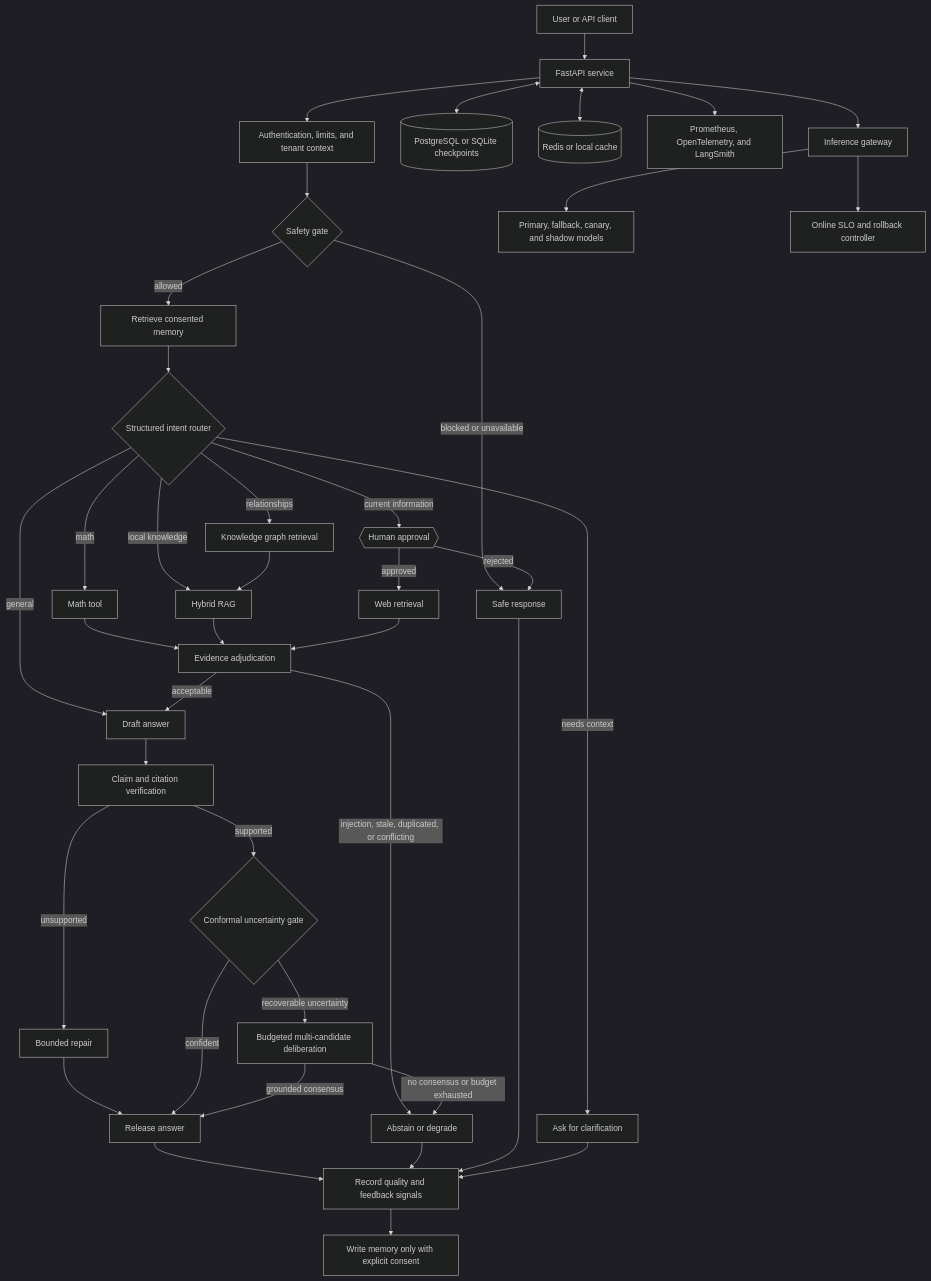
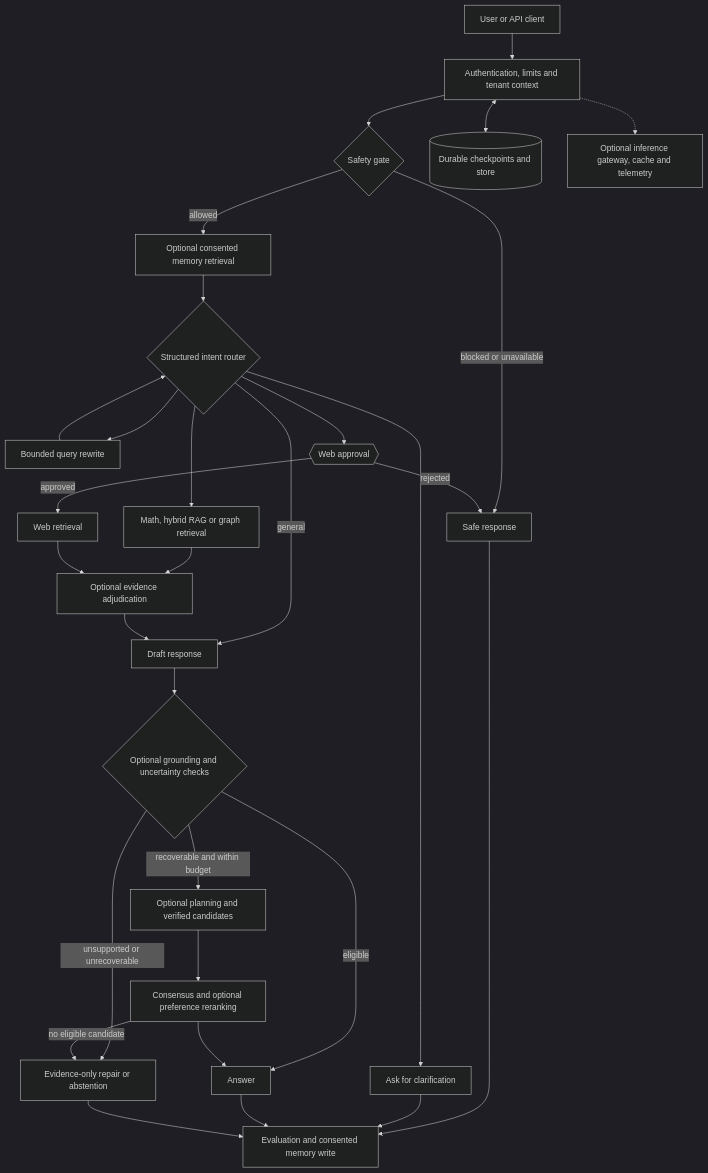
Before and after one commit to zqf20096327/dbhub_collect: the first of 3 diagrams in data/readmes/Theepankumargandhi__Multi-Agent-Orchestration.md, drawn with Mermaid (dark theme). The commit also changed other lines of this file and 515 other files, not shown here.

````diff
--- a/data/readmes/Theepankumargandhi__Multi-Agent-Orchestration.md
+++ b/data/readmes/Theepankumargandhi__Multi-Agent-Orchestration.md
@@ -36,48 +95,32 @@
 ```mermaid
 flowchart TD
-    User[User or API client] --> API[FastAPI service]
-    API --> Auth[Authentication, limits, and tenant context]
-    Auth --> Safety{Safety gate}
-
-    Safety -->|blocked or unavailable| Stop[Safe response]
-    Safety -->|allowed| Memory[Retrieve consented memory]
+    Client[User or API client] --> API[Authentication, limits and tenant context]
+    API --> Safety{Safety gate}
+    Safety -->|blocked or unavailable| Safe[Safe response]
+    Safety -->|allowed| Memory[Optional consented memory retrieval]
     Memory --> Router{Structured intent router}
-
-    Router -->|needs context| Clarify[Ask for clarification]
-    Router -->|math| Math[Math tool]
-    Router -->|local knowledge| RAG[Hybrid RAG]
-    Router -->|relationships| Graph[Knowledge graph retrieval]
-    Router -->|current information| Approval{{Human approval}}
-    Router -->|general| Draft[Draft answer]
-
+    Router --> Clarify[Ask for clarification]
+    Router --> Rewrite[Bounded query rewrite]
+    Rewrite --> Router
+    Router --> Tools[Math, hybrid RAG or graph retrieval]
+    Router --> Approval{{Web approval}}
+    Router -->|general| Draft[Draft response]
     Approval -->|approved| Web[Web retrieval]
-    Approval -->|rejected| Stop
-    Graph --> RAG
-    Math --> Evidence
-    RAG --> Evidence[Evidence adjudication]
+    Approval -->|rejected| Safe
+    Tools --> Evidence[Optional evidence adjudication]
     Web --> Evidence
-    Evidence -->|injection, stale, duplicated, or conflicting| Abstain[Abstain or degrade]
-    Evidence -->|acceptable| Draft
-
-    Draft --> Ground[Claim and citation verification]
-    Ground -->|unsupported| Repair[Bounded repair]
-    Ground -->|supported| Uncertainty{Conformal uncertainty gate}
-    Repair --> Final
-    Uncertainty -->|confident| Final[Release answer]
-    Uncertainty -->|recoverable uncertainty| Compute[Budgeted multi-candidate deliberation]
-    Compute -->|grounded consensus| Final
-    Compute -->|no consensus or budget exhausted| Abstain
-
-    Final --> Evaluate[Record quality and feedback signals]
-    Abstain --> Evaluate
-    Stop --> Evaluate
-    Clarify --> Evaluate
-    Evaluate --> WriteMemory[Write memory only with explicit consent]
-
-    API <--> State[(PostgreSQL or SQLite checkpoints)]
-    API <--> Cache[(Redis or local cache)]
-    API --> Telemetry[Prometheus, OpenTelemetry, and LangSmith]
-    API --> Gateway[Inference gateway]
-    Gateway --> Models[Primary, fallback, canary, and shadow models]
-    Gateway --> Online[Online SLO and rollback controller]
+    Evidence --> Draft
+    Draft --> Gate{Optional grounding and uncertainty checks}
+    Gate -->|eligible| Result[Answer]
+    Gate -->|unsupported or unrecoverable| Repair[Evidence-only repair or abstention]
+    Gate -->|recoverable and within budget| Compute[Optional planning and verified candidates]
+    Compute --> Select[Consensus and optional preference reranking]
+    Select --> Result
+    Select -->|no eligible candidate| Repair
+    Safe --> Finish[Evaluation and consented memory write]
+    Clarify --> Finish
+    Result --> Finish
+    Repair --> Finish
+    API <--> State[(Durable checkpoints and store)]
+    API -.-> Ops[Optional inference gateway, cache and telemetry]
 ```
````
